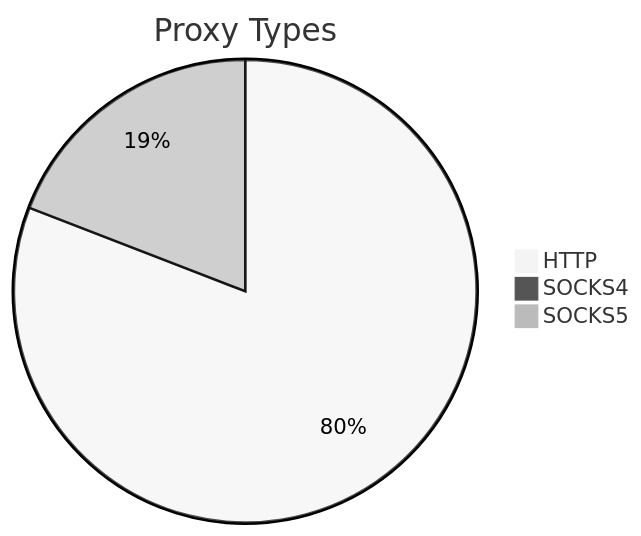
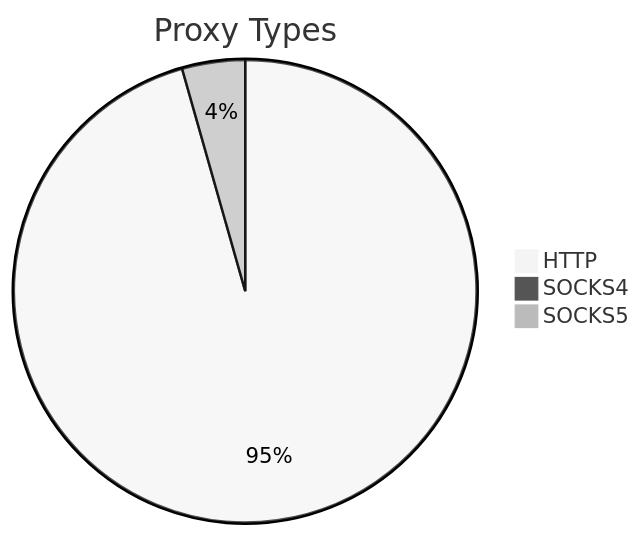
Before and after one commit to stormsia/proxy-list: the first of 2 diagrams in README.md, drawn with Mermaid (neutral theme). The commit also changed other lines of this file, not shown here.

````diff
--- a/README.md
+++ b/README.md
@@ -21,6 +21,6 @@
 ```mermaid
 pie title Proxy Types
-    "HTTP" : 1818
-    "SOCKS4" : 13
-    "SOCKS5" : 430
+    "HTTP" : 1325
+    "SOCKS4" : 3
+    "SOCKS5" : 61
 ```
````
